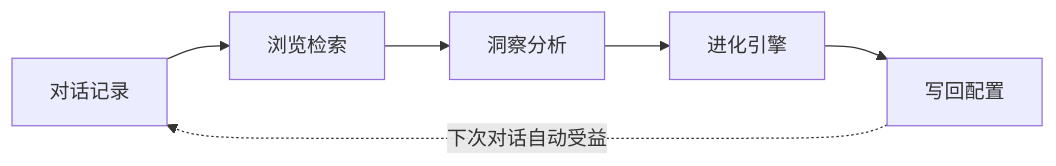
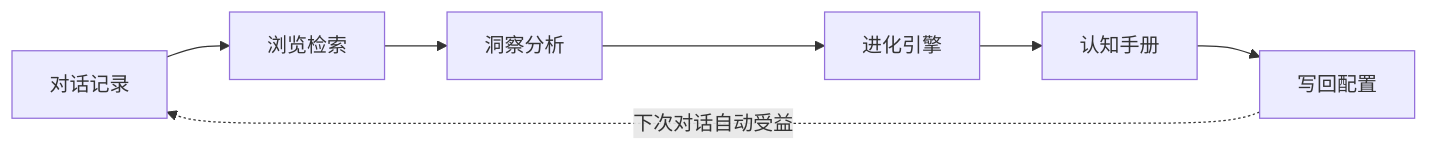
The first of 2 diagrams in README.md (QuantaAlpha/Distill-Yourself), drawn with Mermaid before and after one commit. The commit also changed other lines of this file and 1 other file, not shown here.

````diff
--- a/README.md
+++ b/README.md
@@ -57,8 +55,9 @@
 ```mermaid
 flowchart LR
     A[对话记录] --> B[浏览检索]
     B --> C[洞察分析]
     C --> D[进化引擎]
-    D --> E[写回配置]
-    E -.->|下次对话自动受益| A
+    D --> E[认知手册]
+    E --> F[写回配置]
+    F -.->|下次对话自动受益| A
 ```
````
